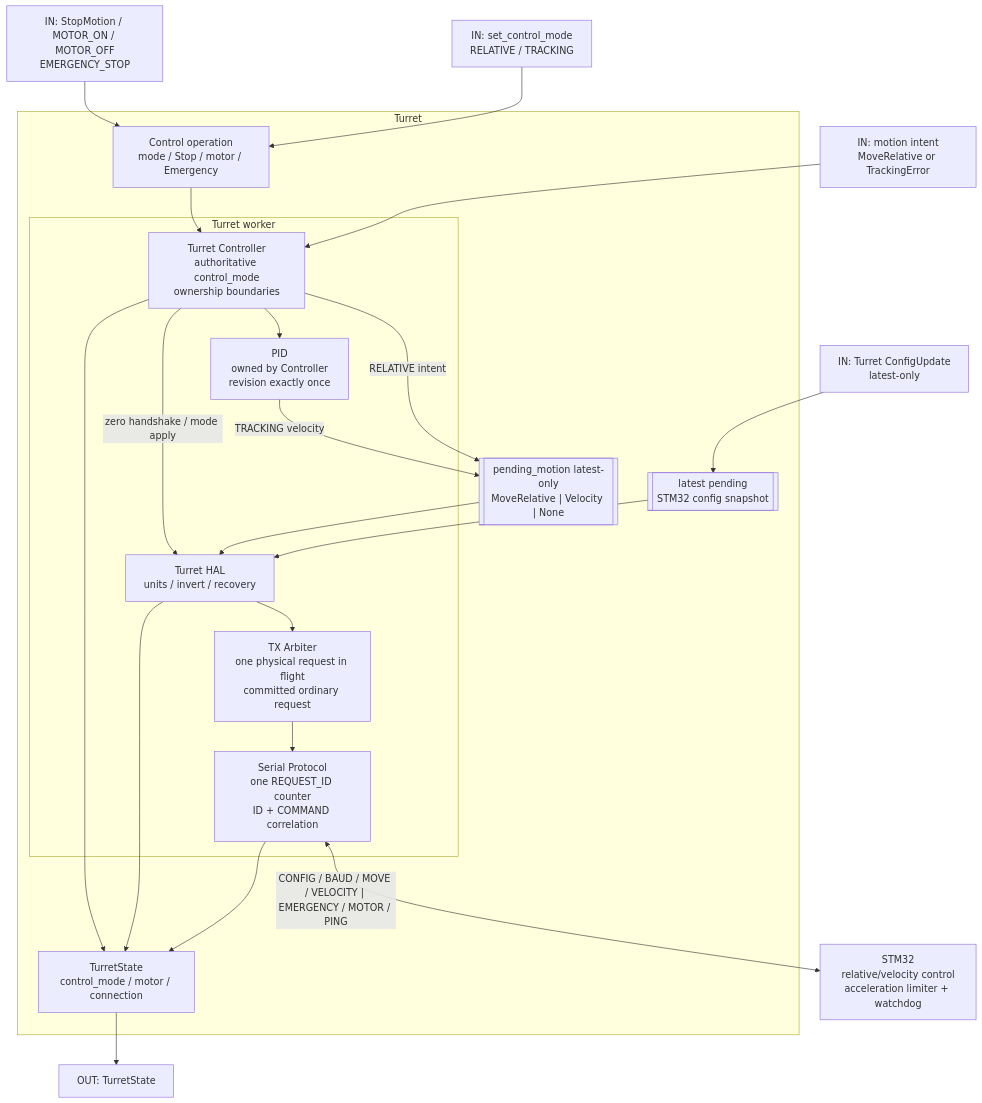
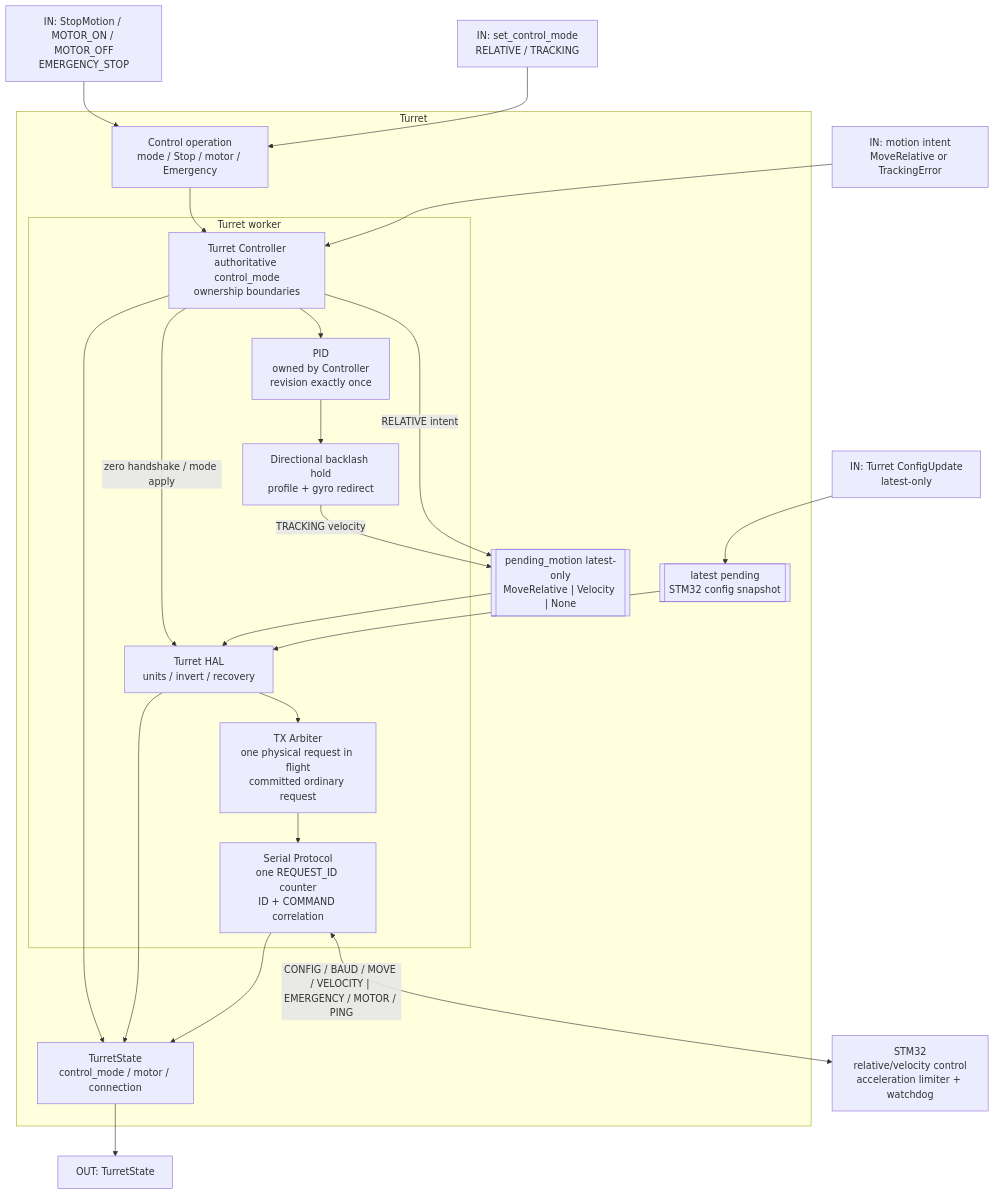
Before and after one commit to BelkaT4/navmin: the diagram in docs/dev/diagrams/turret-diagram.mmd, drawn with Mermaid. The commit also changed 25 other files, not shown here.

Commit message:
feat(turret): add standalone gyro-based backlash calibration

```diff
--- a/docs/dev/diagrams/turret-diagram.mmd
+++ b/docs/dev/diagrams/turret-diagram.mmd
@@ -1,48 +1,50 @@
 flowchart TB
   flag_motion_in["IN: motion intent<br/>MoveRelative or TrackingError"]
   flag_mode_in["IN: set_control_mode<br/>RELATIVE / TRACKING"]
   flag_control_in["IN: StopMotion / MOTOR_ON / MOTOR_OFF<br/>EMERGENCY_STOP"]
   flag_config_in["IN: Turret ConfigUpdate<br/>latest-only"]
   flag_core_out["OUT: TurretState"]
 
   stm32["STM32<br/>relative/velocity control<br/>acceleration limiter + watchdog"]
 
   subgraph turret["Turret"]
     pending_motion[["pending_motion latest-only<br/>MoveRelative | Velocity | None"]]
     pending_config[["latest pending<br/>STM32 config snapshot"]]
     control_ops["Control operation<br/>mode / Stop / motor / Emergency"]
 
     subgraph turret_thread["Turret worker"]
       controller["Turret Controller<br/>authoritative control_mode<br/>ownership boundaries"]
       pid["PID<br/>owned by Controller<br/>revision exactly once"]
+      backlash["Directional backlash hold<br/>profile + gyro redirect"]
       hal["Turret HAL<br/>units / invert / recovery"]
       arbiter["TX Arbiter<br/>one physical request in flight<br/>committed ordinary request"]
       serial["Serial Protocol<br/>one REQUEST_ID counter<br/>ID + COMMAND correlation"]
     end
 
     turret_state["TurretState<br/>control_mode / motor / connection"]
   end
 
   flag_motion_in --> controller
   controller -->|"RELATIVE intent"| pending_motion
   controller --> pid
-  pid -->|"TRACKING velocity"| pending_motion
+  pid --> backlash
+  backlash -->|"TRACKING velocity"| pending_motion
   pending_motion --> hal
 
   flag_mode_in --> control_ops --> controller
   flag_control_in --> control_ops
   controller -->|"zero handshake / mode apply"| hal
   hal --> arbiter
 
   flag_config_in --> pending_config --> hal
 
   arbiter --> serial
   serial <-->|"CONFIG / BAUD / MOVE / VELOCITY | EMERGENCY / MOTOR / PING"| stm32
 
   controller --> turret_state
   hal --> turret_state
   serial --> turret_state
   turret_state --> flag_core_out
-%% graph:positions {"turret":{"x":24,"y":156,"w":1140,"h":820},"turret_thread":{"x":250,"y":80,"w":544,"h":602},"flag_motion_in":{"x":1212,"y":714},"flag_mode_in":{"x":514,"y":1080},"flag_control_in":{"x":696,"y":1056,"w":160,"h":78},"flag_config_in":{"x":1212,"y":558},"flag_core_out":{"x":1212,"y":363,"w":160,"h":66},"stm32":{"x":604,"y":-12,"w":160,"h":90},"pending_motion":{"x":64,"y":414,"w":160,"h":78},"pending_config":{"x":948,"y":402},"control_ops":{"x":580,"y":726,"w":160,"h":66},"controller":{"x":330,"y":466,"w":160,"h":78},"pid":{"x":110,"y":508,"w":160,"h":66},"hal":{"x":330,"y":322},"arbiter":{"x":330,"y":180,"w":160,"h":93},"serial":{"x":330,"y":46,"w":160,"h":93},"turret_state":{"x":948,"y":207,"w":160,"h":66}}
-%% graph:edges {"flag_motion_in>controller":{"label":[0,-15]},"controller>pending_motion":{"label":[3,-61]},"controller>pid":{"label":[0,-20]},"pid>pending_motion":{"label":[11,73]},"flag_mode_in>control_ops":{"label":[10,15]},"flag_control_in>control_ops":{"label":[-45,-20]},"flag_config_in>pending_config":{"label":[70,-10]},"arbiter>serial":{"label":[0,-20]},"serial>stm32":{"label":[1,-57]},"turret_state>flag_core_out":{"label":[45,10]}}
+%% graph:positions {"turret":{"x":24,"y":156,"w":1140,"h":820},"turret_thread":{"x":250,"y":80,"w":544,"h":602},"flag_motion_in":{"x":1212,"y":714},"flag_mode_in":{"x":514,"y":1080},"flag_control_in":{"x":696,"y":1056,"w":160,"h":78},"flag_config_in":{"x":1212,"y":558},"flag_core_out":{"x":1212,"y":363,"w":160,"h":66},"stm32":{"x":604,"y":-12,"w":160,"h":90},"pending_motion":{"x":64,"y":414,"w":160,"h":78},"pending_config":{"x":948,"y":402},"control_ops":{"x":580,"y":726,"w":160,"h":66},"controller":{"x":330,"y":466,"w":160,"h":78},"pid":{"x":110,"y":508,"w":160,"h":66},"backlash":{"x":110,"y":600,"w":192,"h":72},"hal":{"x":330,"y":322},"arbiter":{"x":330,"y":180,"w":160,"h":93},"serial":{"x":330,"y":46,"w":160,"h":93},"turret_state":{"x":948,"y":207,"w":160,"h":66}}
+%% graph:edges {"flag_motion_in>controller":{"label":[0,-15]},"controller>pending_motion":{"label":[3,-61]},"controller>pid":{"label":[0,-20]},"pid>backlash":{"label":[0,-18]},"backlash>pending_motion":{"label":[11,73]},"flag_mode_in>control_ops":{"label":[10,15]},"flag_control_in>control_ops":{"label":[-45,-20]},"flag_config_in>pending_config":{"label":[70,-10]},"arbiter>serial":{"label":[0,-20]},"serial>stm32":{"label":[1,-57]},"turret_state>flag_core_out":{"label":[45,10]}}
 %% graph:waypoints {"controller>pending_motion":[[506,609]],"pid>pending_motion":[[345,774]],"hal>turret_state":[[846,594]]}
```
